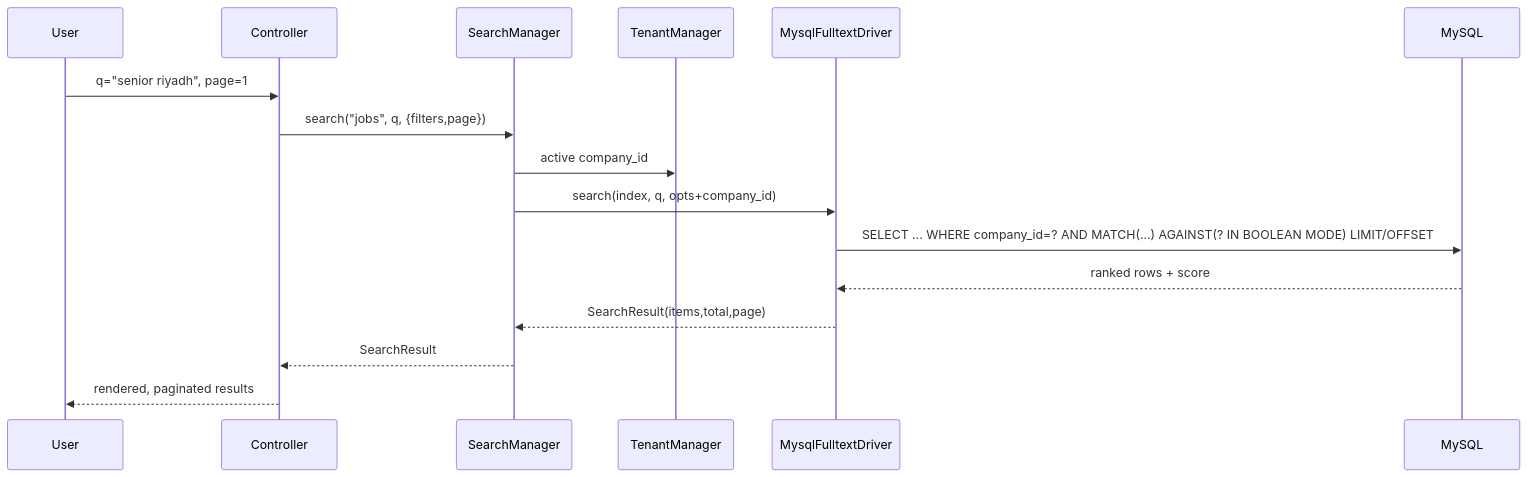
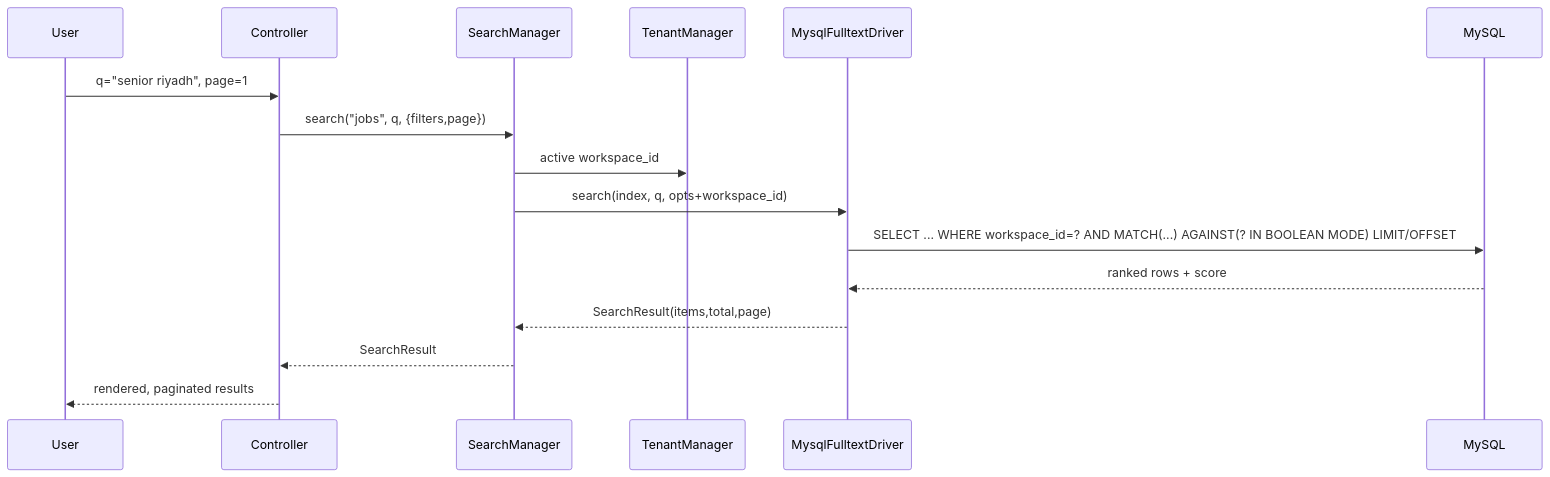
Before and after one commit to ammarnabileg/crm: the second of 2 diagrams in docs/28-Search-System.md, drawn with Mermaid. The commit also changed other lines of this file and 47 other files, not shown here.

````diff
--- a/docs/28-Search-System.md
+++ b/docs/28-Search-System.md
@@ -74,19 +74,19 @@
 ```mermaid
 sequenceDiagram
     participant U as User
     participant C as Controller
     participant S as SearchManager
     participant T as TenantManager
     participant D as MysqlFulltextDriver
     participant DB as MySQL
 
     U->>C: q="senior riyadh", page=1
     C->>S: search("jobs", q, {filters,page})
-    S->>T: active company_id
-    S->>D: search(index, q, opts+company_id)
-    D->>DB: SELECT ... WHERE company_id=? AND MATCH(...) AGAINST(? IN BOOLEAN MODE) LIMIT/OFFSET
+    S->>T: active workspace_id
+    S->>D: search(index, q, opts+workspace_id)
+    D->>DB: SELECT ... WHERE workspace_id=? AND MATCH(...) AGAINST(? IN BOOLEAN MODE) LIMIT/OFFSET
     DB-->>D: ranked rows + score
     D-->>S: SearchResult(items,total,page)
     S-->>C: SearchResult
     C-->>U: rendered, paginated results
 ```
````
